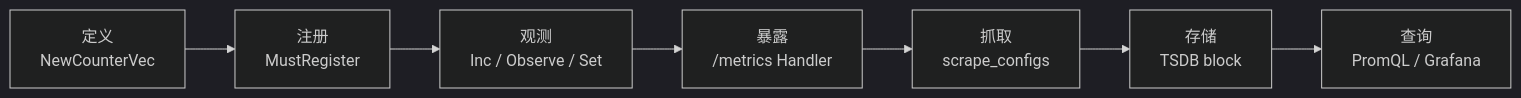
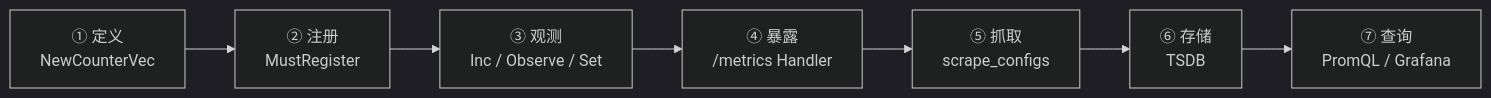
One commit to ml-cuizijun/LearnToLilith changed the first of 4 diagrams in 05-开发能力/03-Go/14-CLI与Prometheus指标/知识点.md. Above: the diagram before and after it, drawn with Mermaid (dark theme). The commit also changed other lines of this file and 178 other files, not shown here.

````diff
--- a/05-开发能力/03-Go/14-CLI与Prometheus指标/知识点.md
+++ b/05-开发能力/03-Go/14-CLI与Prometheus指标/知识点.md
@@ -79,9 +80,9 @@
 ```mermaid
 flowchart LR
-    DEF["定义<br/>NewCounterVec"] --> REG["注册<br/>MustRegister"]
-    REG --> OBS["观测<br/>Inc / Observe / Set"]
-    OBS --> EXP["暴露<br/>/metrics Handler"]
-    EXP --> SCR["抓取<br/>scrape_configs"]
-    SCR --> TSDB["存储<br/>TSDB block"]
-    TSDB --> Q["查询<br/>PromQL / Grafana"]
+    DEF["① 定义<br/>NewCounterVec"] --> REG["② 注册<br/>MustRegister"]
+    REG --> OBS["③ 观测<br/>Inc / Observe / Set"]
+    OBS --> EXP["④ 暴露<br/>/metrics Handler"]
+    EXP --> SCR["⑤ 抓取<br/>scrape_configs"]
+    SCR --> TSDB["⑥ 存储<br/>TSDB"]
+    TSDB --> Q["⑦ 查询<br/>PromQL / Grafana"]
 ```
````
